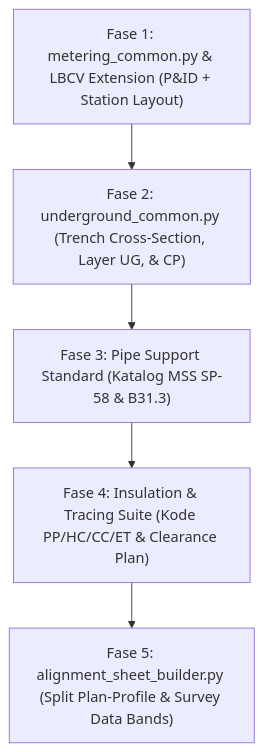
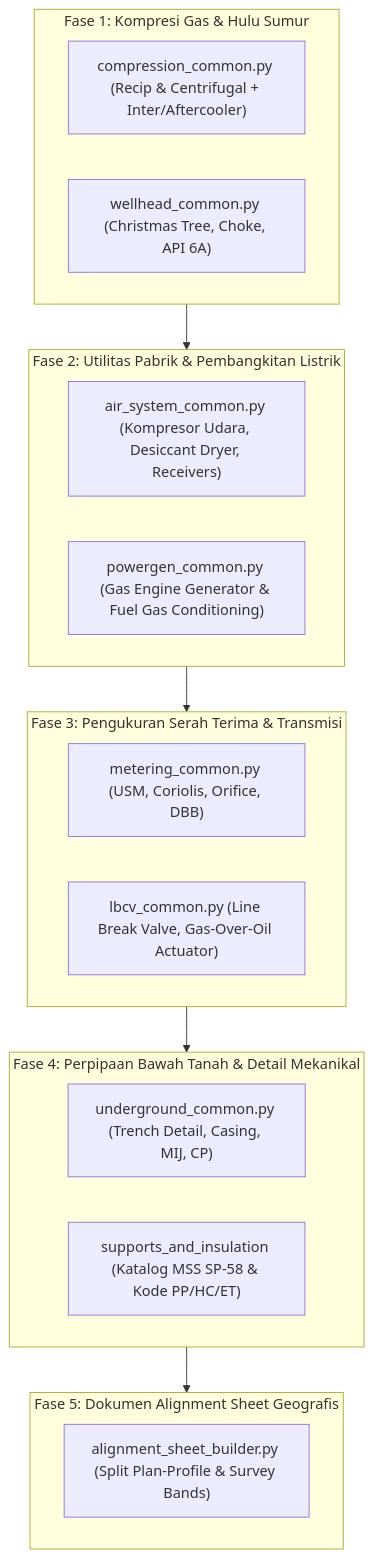
The second of 2 diagrams in dokumen/08-plan-pipeline-metering-lbcv-underground.md (arienug20/gas-prod-facility), drawn with Mermaid before and after one commit. The commit also changed other lines of this file, not shown here.

````diff
--- a/dokumen/08-plan-pipeline-metering-lbcv-underground.md
+++ b/dokumen/08-plan-pipeline-metering-lbcv-underground.md
@@ -183,10 +268,28 @@
 ```mermaid
 flowchart TD
-    Step1["Fase 1: metering_common.py & LBCV Extension (P&ID + Station Layout)"]
-    Step2["Fase 2: underground_common.py (Trench Cross-Section, Layer UG, & CP)"]
-    Step3["Fase 3: Pipe Support Standard (Katalog MSS SP-58 & B31.3)"]
-    Step4["Fase 4: Insulation & Tracing Suite (Kode PP/HC/CC/ET & Clearance Plan)"]
-    Step5["Fase 5: alignment_sheet_builder.py (Split Plan-Profile & Survey Data Bands)"]
+    subgraph Fase1["Fase 1: Kompresi Gas & Hulu Sumur"]
+        M1["compression_common.py (Recip & Centrifugal + Inter/Aftercooler)"]
+        M2["wellhead_common.py (Christmas Tree, Choke, API 6A)"]
+    end
 
-    Step1 --> Step2 --> Step3 --> Step4 --> Step5
+    subgraph Fase2["Fase 2: Utilitas Pabrik & Pembangkitan Listrik"]
+        M3["air_system_common.py (Kompresor Udara, Desiccant Dryer, Receivers)"]
+        M4["powergen_common.py (Gas Engine Generator & Fuel Gas Conditioning)"]
+    end
+
+    subgraph Fase3["Fase 3: Pengukuran Serah Terima & Transmisi"]
+        M5["metering_common.py (USM, Coriolis, Orifice, DBB)"]
+        M6["lbcv_common.py (Line Break Valve, Gas-Over-Oil Actuator)"]
+    end
+
+    subgraph Fase4["Fase 4: Perpipaan Bawah Tanah & Detail Mekanikal"]
+        M7["underground_common.py (Trench Detail, Casing, MIJ, CP)"]
+        M8["supports_and_insulation (Katalog MSS SP-58 & Kode PP/HC/ET)"]
+    end
+
+    subgraph Fase5["Fase 5: Dokumen Alignment Sheet Geografis"]
+        M9["alignment_sheet_builder.py (Split Plan-Profile & Survey Bands)"]
+    end
+
+    Fase1 --> Fase2 --> Fase3 --> Fase4 --> Fase5
 ```
````
